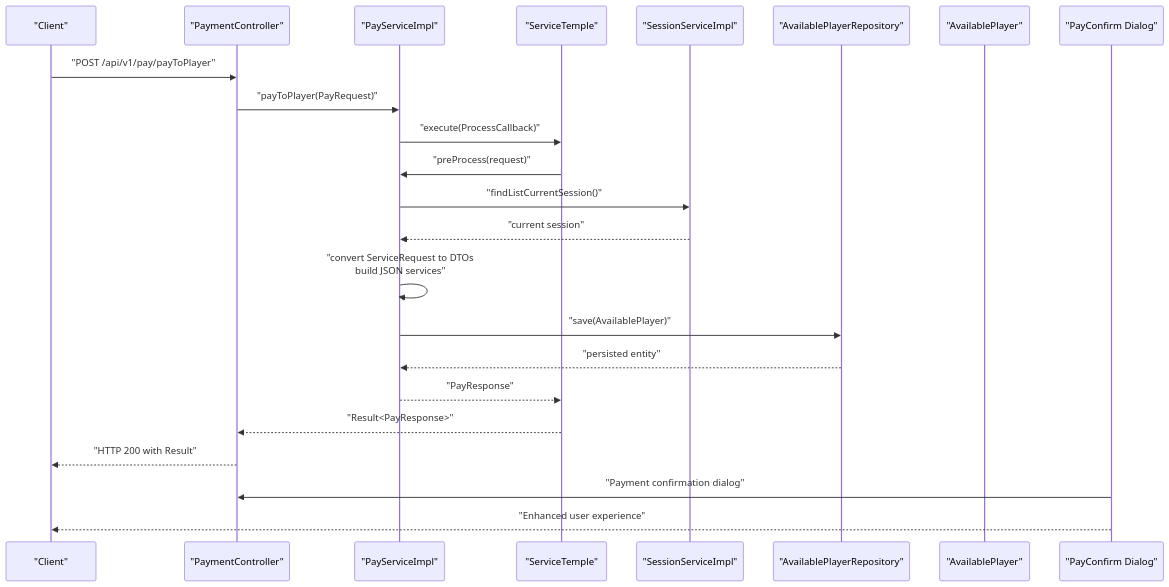
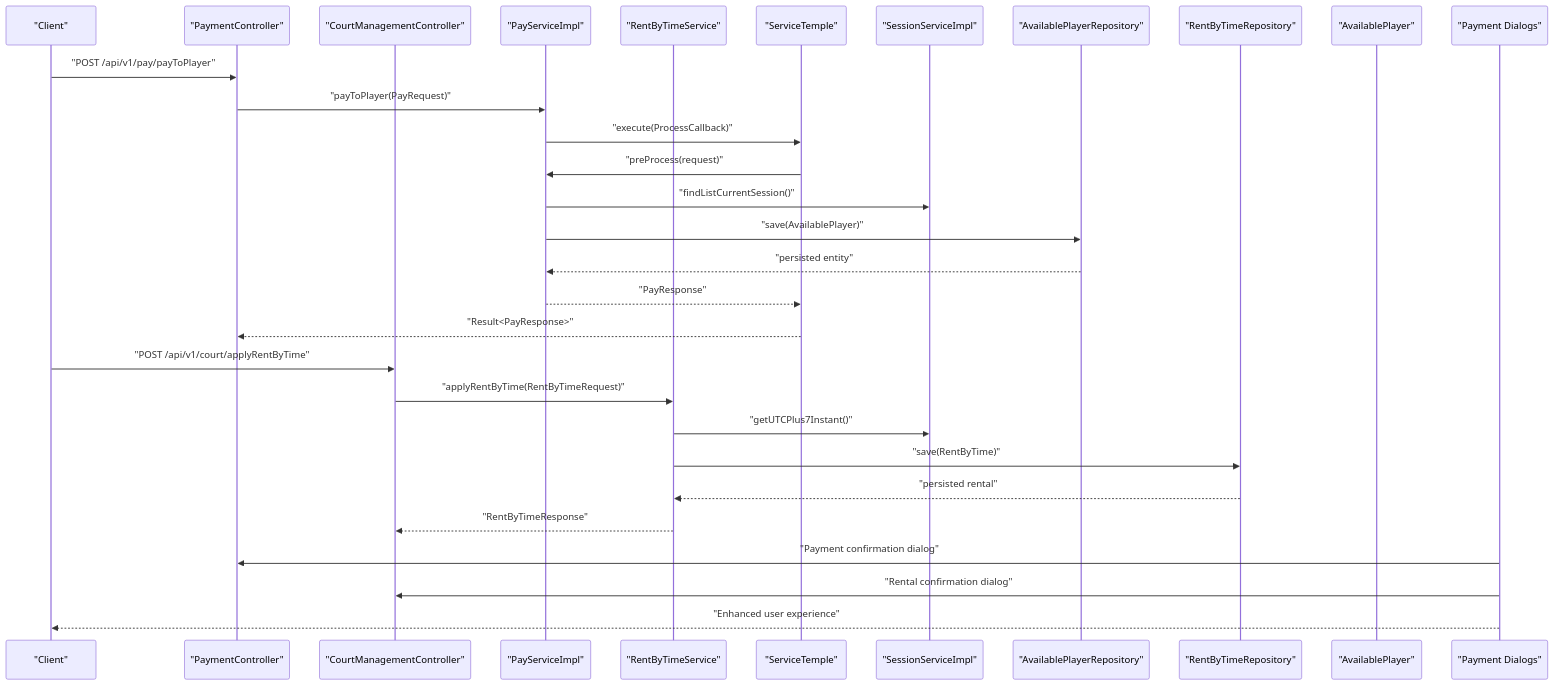
One commit to Vissel/badminton-court-management changed the second of 10 diagrams in .qoder/repowiki/en/content/Payment & Financial System.md. Above: the diagram before and after it, drawn with Mermaid. The commit also changed other lines of this file and 11 other files, not shown here.

````diff
--- a/.qoder/repowiki/en/content/Payment & Financial System.md
+++ b/.qoder/repowiki/en/content/Payment & Financial System.md
@@ -161,25 +215,32 @@
 ```mermaid
 sequenceDiagram
 participant Client as "Client"
-participant Controller as "PaymentController"
-participant Service as "PayServiceImpl"
+participant PaymentController as "PaymentController"
+participant RentController as "CourtManagementController"
+participant PaymentService as "PayServiceImpl"
+participant RentService as "RentByTimeService"
 participant Wrapper as "ServiceTemple"
 participant Session as "SessionServiceImpl"
 participant Repo as "AvailablePlayerRepository"
+participant RentRepo as "RentByTimeRepository"
 participant Entity as "AvailablePlayer"
-participant Frontend as "PayConfirm Dialog"
-Client->>Controller : "POST /api/v1/pay/payToPlayer"
-Controller->>Service : "payToPlayer(PayRequest)"
-Service->>Wrapper : "execute(ProcessCallback)"
-Wrapper->>Service : "preProcess(request)"
-Service->>Session : "findListCurrentSession()"
-Session-->>Service : "current session"
-Service->>Service : "convert ServiceRequest to DTOs<br/>build JSON services"
-Service->>Repo : "save(AvailablePlayer)"
-Repo-->>Service : "persisted entity"
-Service-->>Wrapper : "PayResponse"
-Wrapper-->>Controller : "Result<PayResponse>"
-Controller-->>Client : "HTTP 200 with Result"
-Frontend->>Controller : "Payment confirmation dialog"
+participant Frontend as "Payment Dialogs"
+Client->>PaymentController : "POST /api/v1/pay/payToPlayer"
+PaymentController->>PaymentService : "payToPlayer(PayRequest)"
+PaymentService->>Wrapper : "execute(ProcessCallback)"
+Wrapper->>PaymentService : "preProcess(request)"
+PaymentService->>Session : "findListCurrentSession()"
+PaymentService->>Repo : "save(AvailablePlayer)"
+Repo-->>PaymentService : "persisted entity"
+PaymentService-->>Wrapper : "PayResponse"
+Wrapper-->>PaymentController : "Result<PayResponse>"
+Client->>RentController : "POST /api/v1/court/applyRentByTime"
+RentController->>RentService : "applyRentByTime(RentByTimeRequest)"
+RentService->>Session : "getUTCPlus7Instant()"
+RentService->>RentRepo : "save(RentByTime)"
+RentRepo-->>RentService : "persisted rental"
+RentService-->>RentController : "RentByTimeResponse"
+Frontend->>PaymentController : "Payment confirmation dialog"
+Frontend->>RentController : "Rental confirmation dialog"
 Frontend-->>Client : "Enhanced user experience"
 ```
````
